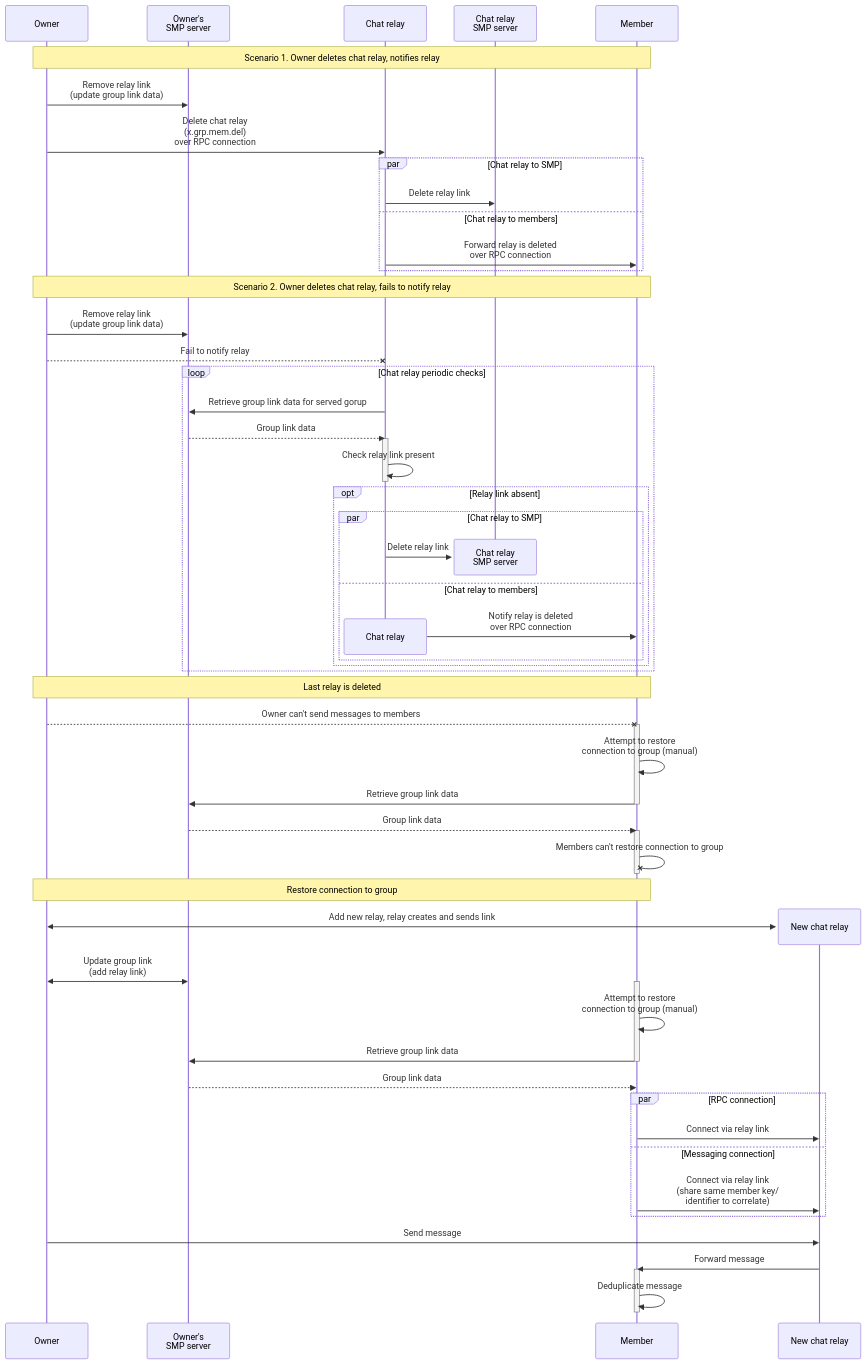
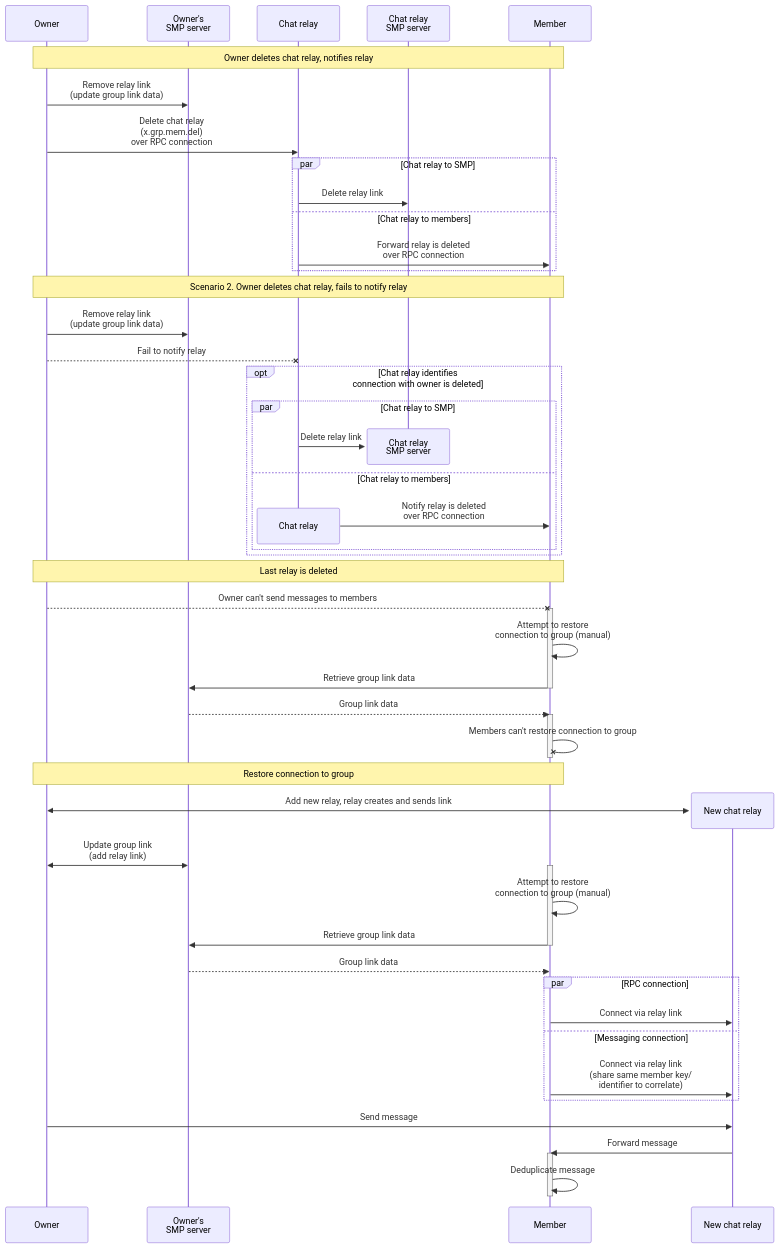
The second of 2 diagrams in docs/rfcs/2025-10-20-chat-relays.md (simplex-chat/simplex-chat), drawn with Mermaid before and after one commit. The commit also changed other lines of this file, not shown here.

````diff
--- a/docs/rfcs/2025-10-20-chat-relays.md
+++ b/docs/rfcs/2025-10-20-chat-relays.md
@@ -137,72 +136,65 @@
 ```mermaid
 sequenceDiagram
     participant O as Owner
     participant OSMP as Owner's<br>SMP server
     participant R as Chat relay
     participant RSMP as Chat relay<br>SMP server
     participant M as Member
 
-note over O, M: Scenario 1. Owner deletes chat relay, notifies relay
+note over O, M: Owner deletes chat relay, notifies relay
 
 O ->> OSMP: Remove relay link<br>(update group link data)
 O ->> R: Delete chat relay<br>(x.grp.mem.del)<br>over RPC connection
 par Chat relay to SMP
     R ->> RSMP: Delete relay link
 and Chat relay to members
     R ->> M: Forward relay is deleted<br>over RPC connection
 end
 
 note over O, M: Scenario 2. Owner deletes chat relay, fails to notify relay
 
 O ->> OSMP: Remove relay link<br>(update group link data)
 O --x R: Fail to notify relay
-loop Chat relay periodic checks
-    R ->> OSMP: Retrieve group link data for served gorup
-    OSMP -->> R: Group link data
-    activate R
-    R ->> R: Check relay link present
-    deactivate R
-    opt Relay link absent
-        par Chat relay to SMP
-            destroy RSMP
-            R ->> RSMP: Delete relay link 
-        and Chat relay to members
-            destroy R
-            R ->> M: Notify relay is deleted<br>over RPC connection
-        end
+opt Chat relay identifies<br>connection with owner is deleted
+    par Chat relay to SMP
+        destroy RSMP
+        R ->> RSMP: Delete relay link 
+    and Chat relay to members
+        destroy R
+        R ->> M: Notify relay is deleted<br>over RPC connection
     end
 end
 
 note over O, M: Last relay is deleted
 
 O --x M: Owner can't send messages to members
 activate M
 M ->> M: Attempt to restore<br>connection to group (manual)
 M ->> OSMP: Retrieve group link data
 deactivate M
 OSMP -->> M: Group link data
 activate M
 M -x M: Members can't restore connection to group
 deactivate M
 
 note over O, M: Restore connection to group
 
 create participant NR as New chat relay
 O <<->> NR: Add new relay, relay creates and sends link
 O <<->> OSMP: Update group link<br>(add relay link)
 activate M
 M ->> M: Attempt to restore<br>connection to group (manual)
 M ->> OSMP: Retrieve group link data
 deactivate M
 OSMP -->> M: Group link data
 par RPC connection
     M ->> NR: Connect via relay link
 and Messaging connection
     M ->> NR: Connect via relay link<br>(share same member key/<br>identifier to correlate)
 end
 O ->> NR: Send message
 NR ->> M: Forward message
 activate M
 M ->> M: Deduplicate message
 deactivate M
 ```
````
